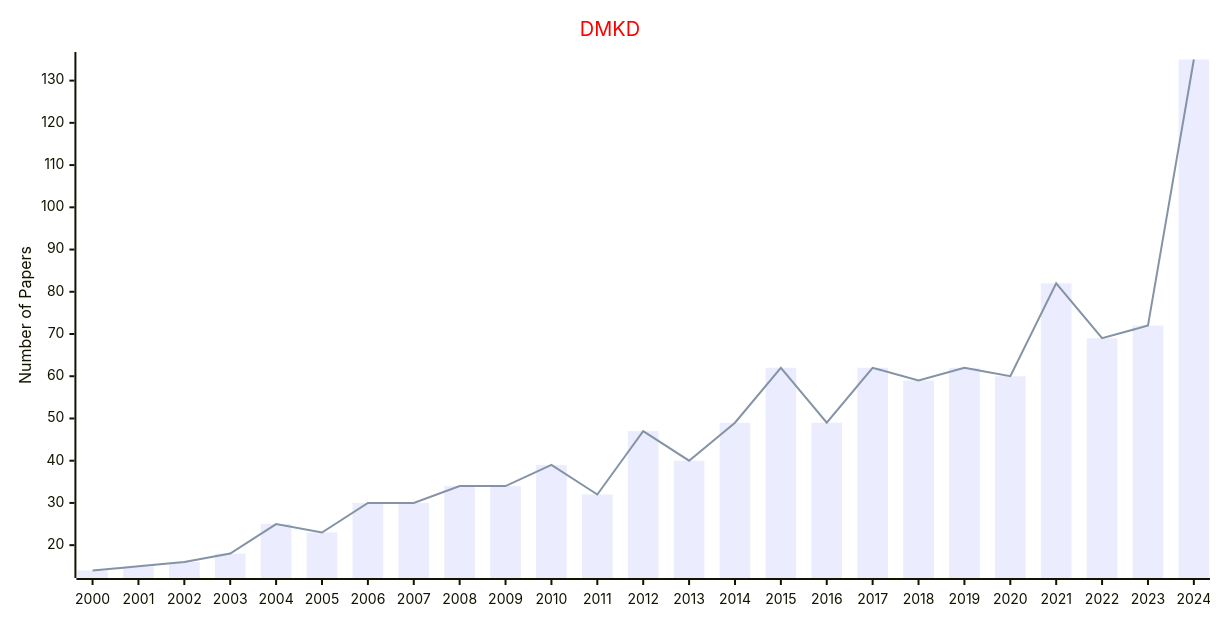
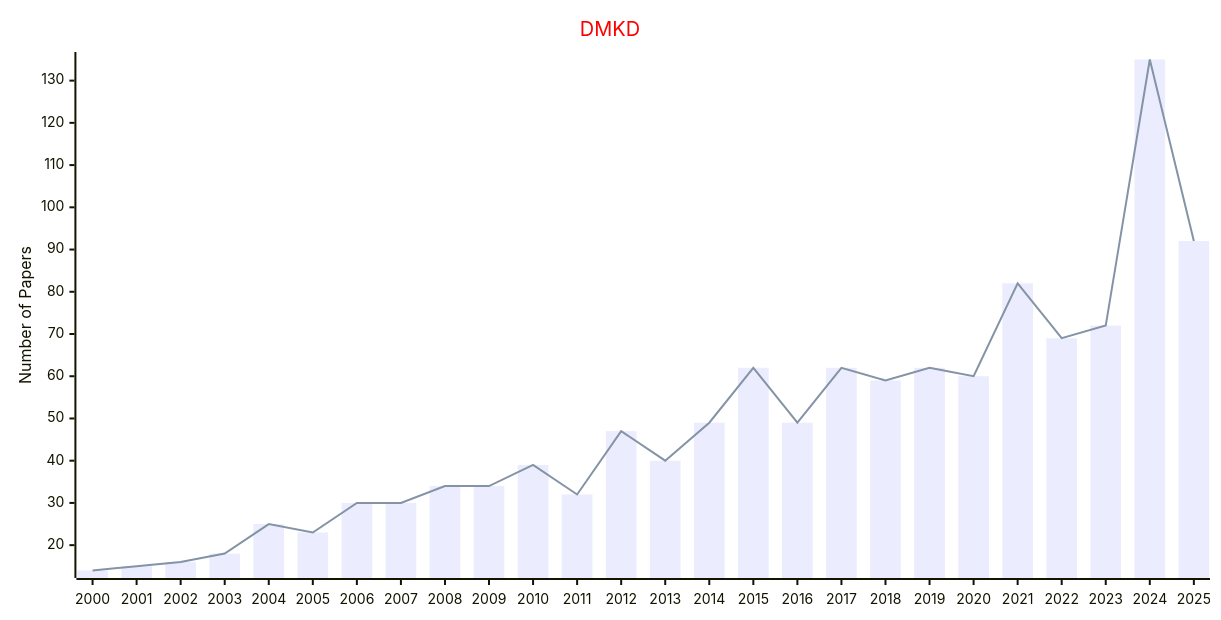
One commit to Easy-PhD/AILinks changed the ninth of 14 diagrams in docs/data/Journals/Statistics_Journals/Data_and_Knowledge.md. Above: the diagram before and after it, drawn with Mermaid. The commit also changed other lines of this file and 107 other files, not shown here.

````diff
--- a/docs/data/Journals/Statistics_Journals/Data_and_Knowledge.md
+++ b/docs/data/Journals/Statistics_Journals/Data_and_Knowledge.md
@@ -201,17 +201,17 @@
 ```mermaid
 ---
 config:
     xyChart:
         width: 1200
         height: 600
     themeVariables:
         xyChart:
             titleColor: "#ff0000"
 ---
 xychart-beta
     title "DMKD"
-    x-axis [2000, 2001, 2002, 2003, 2004, 2005, 2006, 2007, 2008, 2009, 2010, 2011, 2012, 2013, 2014, 2015, 2016, 2017, 2018, 2019, 2020, 2021, 2022, 2023, 2024]
+    x-axis [2000, 2001, 2002, 2003, 2004, 2005, 2006, 2007, 2008, 2009, 2010, 2011, 2012, 2013, 2014, 2015, 2016, 2017, 2018, 2019, 2020, 2021, 2022, 2023, 2024, 2025]
     y-axis "Number of Papers"
-    bar [14, 15, 16, 18, 25, 23, 30, 30, 34, 34, 39, 32, 47, 40, 49, 62, 49, 62, 59, 62, 60, 82, 69, 72, 135]
-    line [14, 15, 16, 18, 25, 23, 30, 30, 34, 34, 39, 32, 47, 40, 49, 62, 49, 62, 59, 62, 60, 82, 69, 72, 135]
+    bar [14, 15, 16, 18, 25, 23, 30, 30, 34, 34, 39, 32, 47, 40, 49, 62, 49, 62, 59, 62, 60, 82, 69, 72, 135, 92]
+    line [14, 15, 16, 18, 25, 23, 30, 30, 34, 34, 39, 32, 47, 40, 49, 62, 49, 62, 59, 62, 60, 82, 69, 72, 135, 92]
 ```
````
